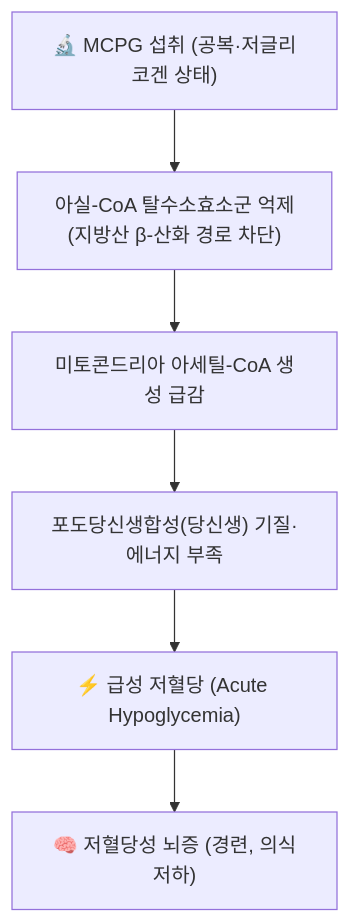
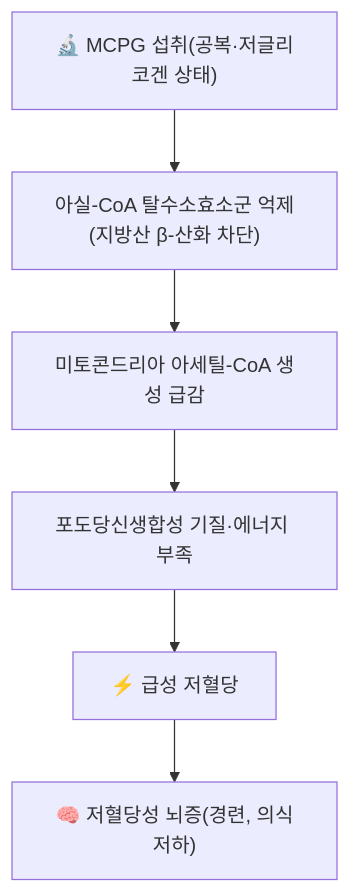
Before and after one commit to simbio11/simbio-digital-garden2: the diagram in content/2. 약리 공부/약리성분/MCPG.md, drawn with Mermaid. The commit also changed other lines of this file and 299 other files, not shown here.

````diff
--- a/content/2. 약리 공부/약리성분/MCPG.md
+++ b/content/2. 약리 공부/약리성분/MCPG.md
@@ -60,8 +63,8 @@
 ```mermaid
 graph TD
-    MCPG["🔬 MCPG 섭취 (공복·저글리코겐 상태)"] --> Enzyme["아실-CoA 탈수소효소군 억제<br>(지방산 β-산화 경로 차단)"]
+    MCPG["🔬 MCPG 섭취(공복·저글리코겐 상태)"] --> Enzyme["아실-CoA 탈수소효소군 억제(지방산 β-산화 차단)"]
     Enzyme --> AcetylCoA["미토콘드리아 아세틸-CoA 생성 급감"]
-    AcetylCoA --> Gluco["포도당신생합성(당신생) 기질·에너지 부족"]
-    Gluco --> Hypo["⚡ 급성 저혈당 (Acute Hypoglycemia)"]
-    Hypo --> Enceph["🧠 저혈당성 뇌증 (경련, 의식저하)"]
+    AcetylCoA --> Gluco["포도당신생합성 기질·에너지 부족"]
+    Gluco --> Hypo["⚡ 급성 저혈당"]
+    Hypo --> Enceph["🧠 저혈당성 뇌증(경련, 의식저하)"]
 ```
````
